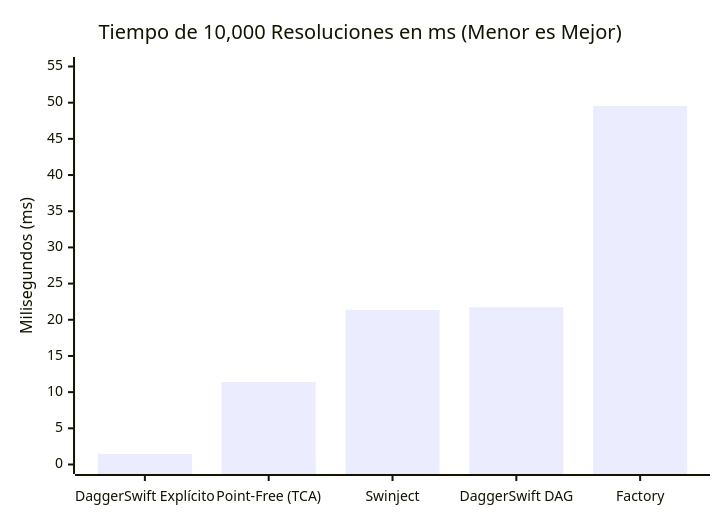
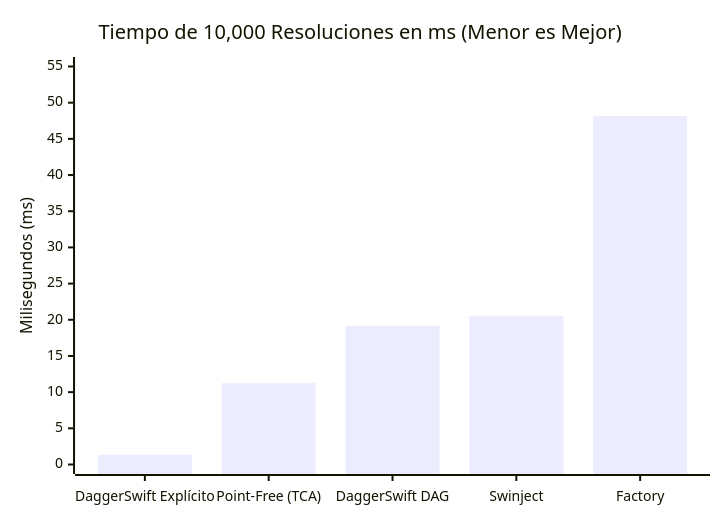
Before and after one commit to fsaldivar-dev/dagger-swift: the fourth of 5 diagrams in README.md, drawn with Mermaid. The commit also changed other lines of this file and 2 other files, not shown here.

````diff
--- a/README.md
+++ b/README.md
@@ -571,7 +571,7 @@
 ```mermaid
 xychart-beta
     title "Tiempo de 10,000 Resoluciones en ms (Menor es Mejor)"
-    x-axis ["DaggerSwift Explícito", "Point-Free (TCA)", "Swinject", "DaggerSwift DAG", "Factory"]
+    x-axis ["DaggerSwift Explícito", "Point-Free (TCA)", "DaggerSwift DAG", "Swinject", "Factory"]
     y-axis "Milisegundos (ms)" 0 --> 55
-    bar [1.46, 11.40, 21.35, 21.74, 49.55]
+    bar [1.34, 11.23, 19.18, 20.50, 48.15]
 ```
````
